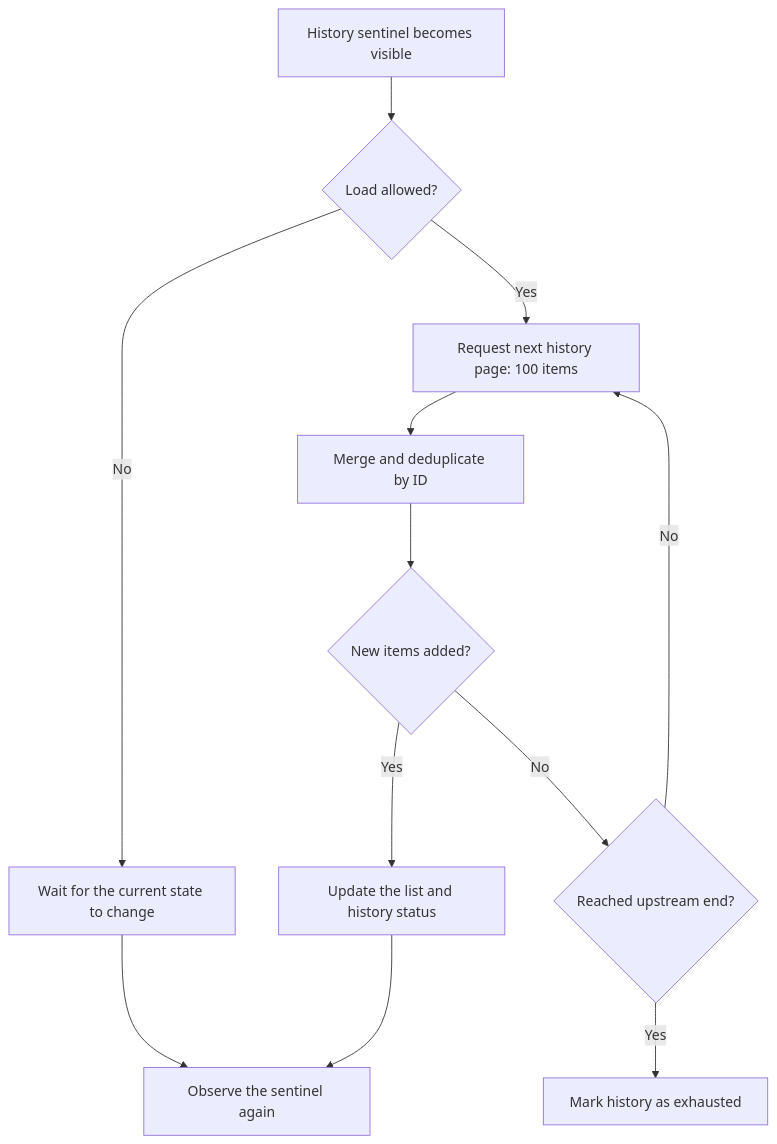
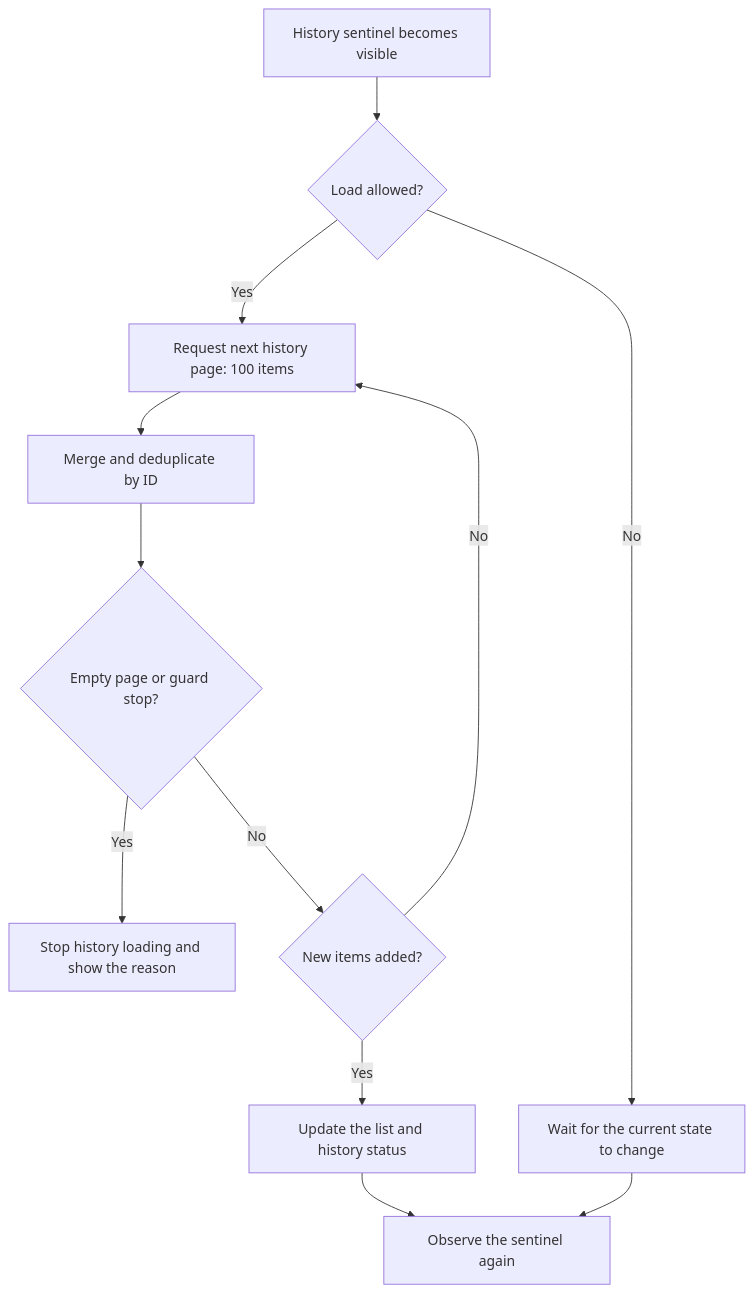
One commit to virtuecho/sina7x24 changed the fifth of 11 diagrams in ARCHITECTURE.md. Above: the diagram before and after it, drawn with Mermaid. The commit also changed other lines of this file and 2 other files, not shown here.

````diff
--- a/ARCHITECTURE.md
+++ b/ARCHITECTURE.md
@@ -133,14 +133,14 @@
 ```mermaid
 flowchart TD
   A["History sentinel becomes visible"] --> B{"Load allowed?"}
   B -->|"No"| C["Wait for the current state to change"]
   B -->|"Yes"| D["Request next history page: 100 items"]
   D --> E["Merge and deduplicate by ID"]
-  E --> F{"New items added?"}
-  F -->|"Yes"| G["Update the list and history status"]
-  F -->|"No"| H{"Reached upstream end?"}
-  H -->|"No"| D
-  H -->|"Yes"| I["Mark history as exhausted"]
-  G --> J["Observe the sentinel again"]
+  E --> F{"Empty page or guard stop?"}
+  F -->|"Yes"| I["Stop history loading and show the reason"]
+  F -->|"No"| G{"New items added?"}
+  G -->|"Yes"| H["Update the list and history status"]
+  G -->|"No"| D
+  H --> J["Observe the sentinel again"]
   C --> J
 ```
````
